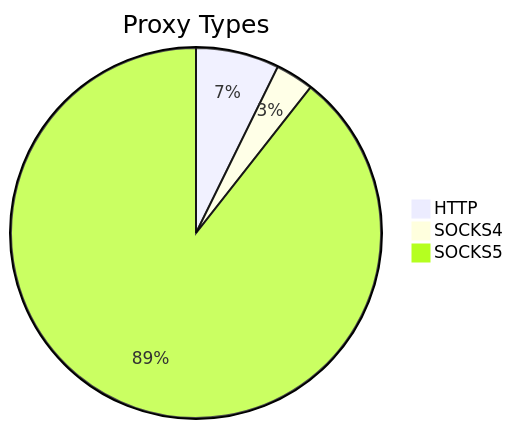
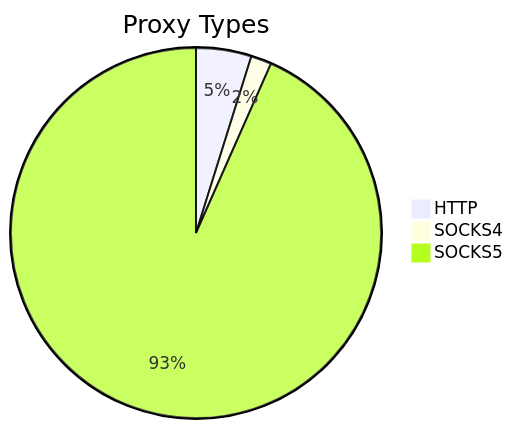
The first of 2 diagrams in README.md (stormsia/proxy-list), drawn with Mermaid before and after one commit. The commit also changed other lines of this file, not shown here.

````diff
--- a/README.md
+++ b/README.md
@@ -21,6 +21,6 @@
 ```mermaid
 pie title Proxy Types
-    "HTTP" : 105
-    "SOCKS4" : 48
-    "SOCKS5" : 1290
+    "HTTP" : 83
+    "SOCKS4" : 31
+    "SOCKS5" : 1605
 ```
````
